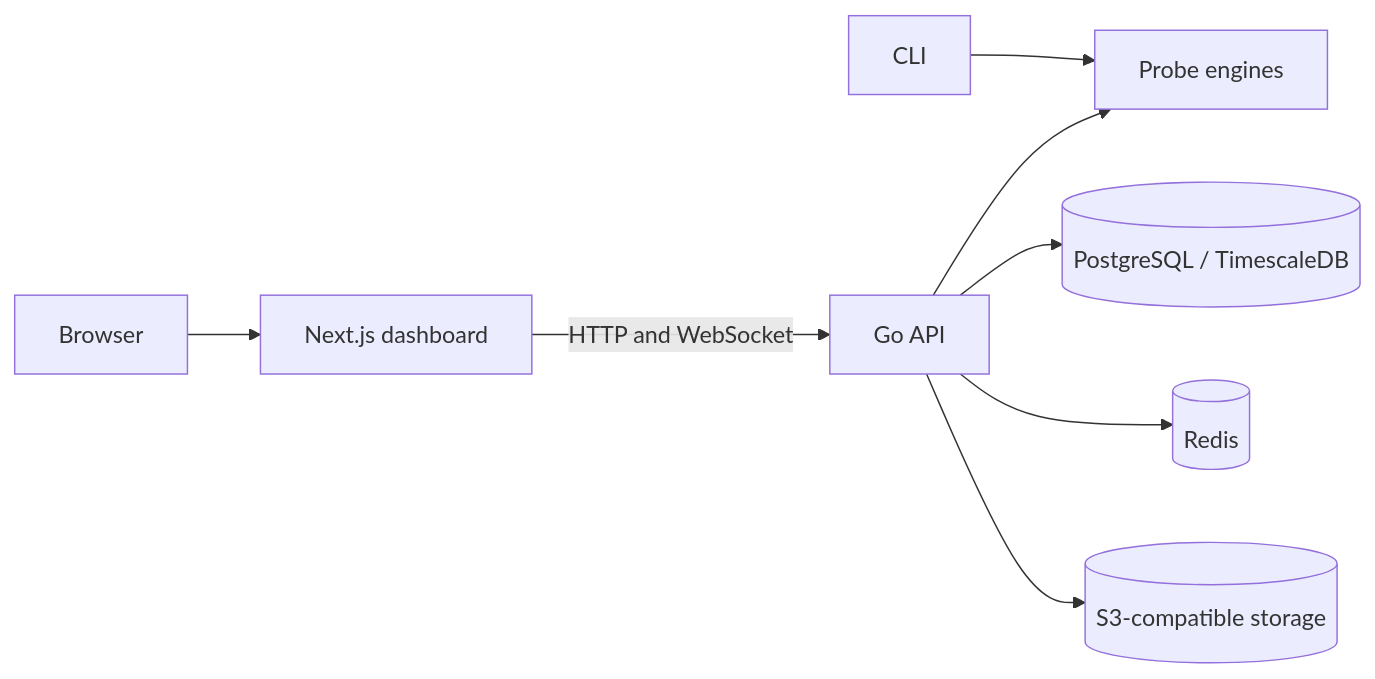
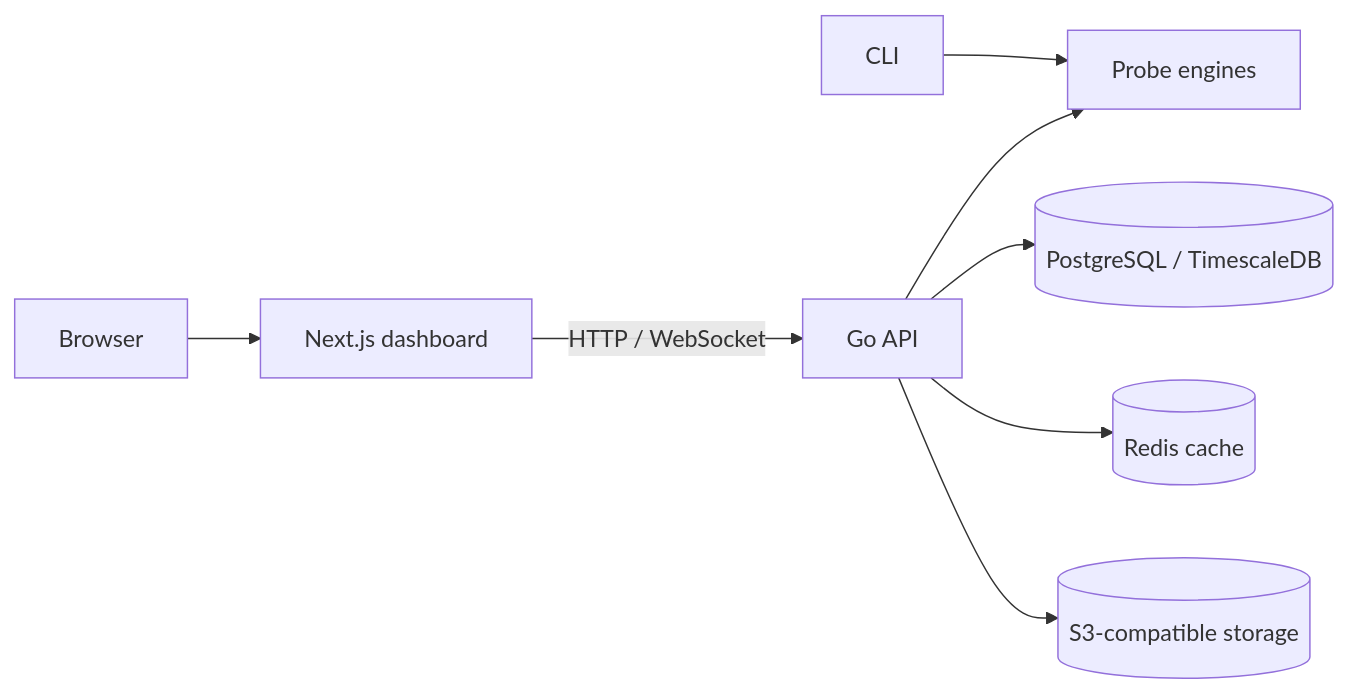
Before and after one commit to Quantum-Axis/Qnetward: the diagram in README.md, drawn with Mermaid. The commit also changed other lines of this file, not shown here.

````diff
--- a/README.md
+++ b/README.md
@@ -94,10 +105,10 @@
 ```mermaid
 flowchart LR
-    C[CLI] --> E[Probe engines]
-    B[Browser] --> W[Next.js dashboard]
-    W -->|HTTP and WebSocket| A[Go API]
-    A --> E
-    A --> D[(PostgreSQL / TimescaleDB)]
-    A --> R[(Redis)]
-    A --> S[(S3-compatible storage)]
+    CLI[CLI] --> E[Probe engines]
+    Browser[Browser] --> Web[Next.js dashboard]
+    Web -->|HTTP / WebSocket| API[Go API]
+    API --> E
+    API --> DB[(PostgreSQL / TimescaleDB)]
+    API --> Redis[(Redis cache)]
+    API --> S3[(S3-compatible storage)]
 ```
````
